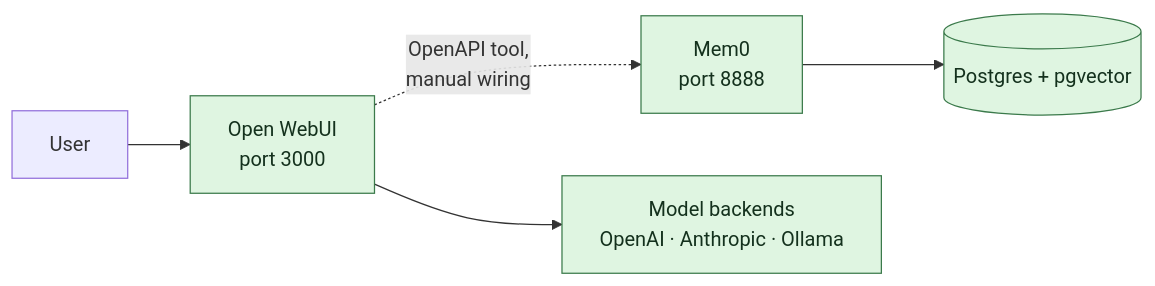
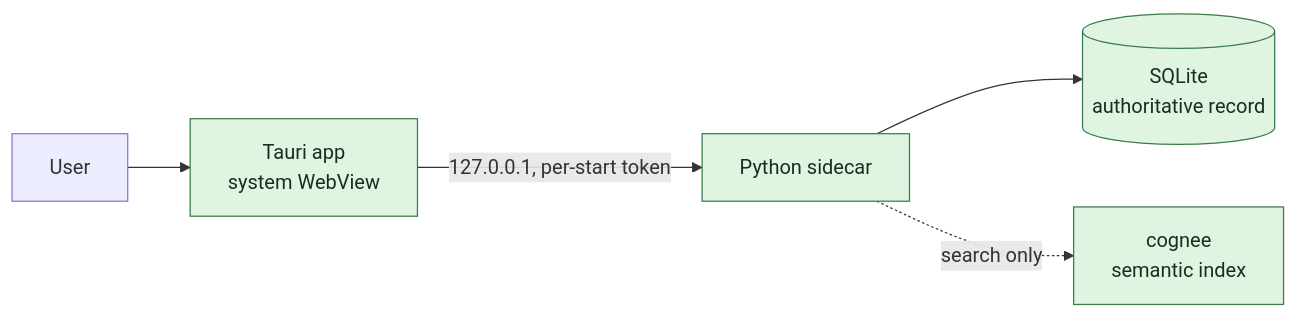
One commit to Icarus-health/Icarus changed the diagram in README.md. Above: the diagram before and after it, drawn with Mermaid. The commit also changed other lines of this file and 34 other files, not shown here.

````diff
--- a/README.md
+++ b/README.md
@@ -28,10 +31,10 @@
 ```mermaid
 flowchart LR
-    U[User] --> UI[Open WebUI<br/>port 3000]
-    UI -.->|OpenAPI tool,<br/>manual wiring| MEM[Mem0<br/>port 8888]
-    UI --> LLM[Model backends<br/>OpenAI · Anthropic · Ollama]
-    MEM --> PG[(Postgres + pgvector)]
+    U[User] --> UI[Tauri app<br/>system WebView]
+    UI -->|"127.0.0.1, per-start token"| SC[Python sidecar]
+    SC --> SQL[(SQLite<br/>authoritative record)]
+    SC -.->|search only| COG[cognee<br/>semantic index]
 
     classDef built fill:#dff5e1,stroke:#3b7a4b,color:#14311d
-    class UI,MEM,PG,LLM built
+    class UI,SC,SQL,COG built
 ```
````
